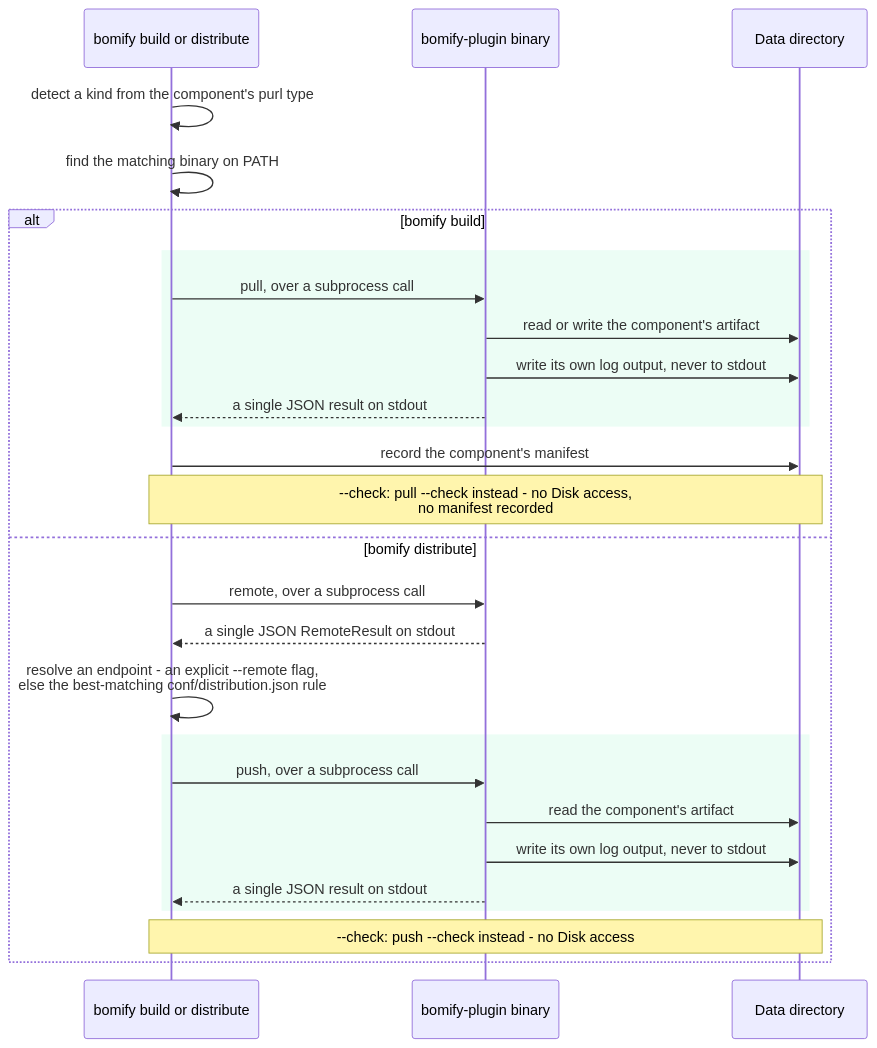
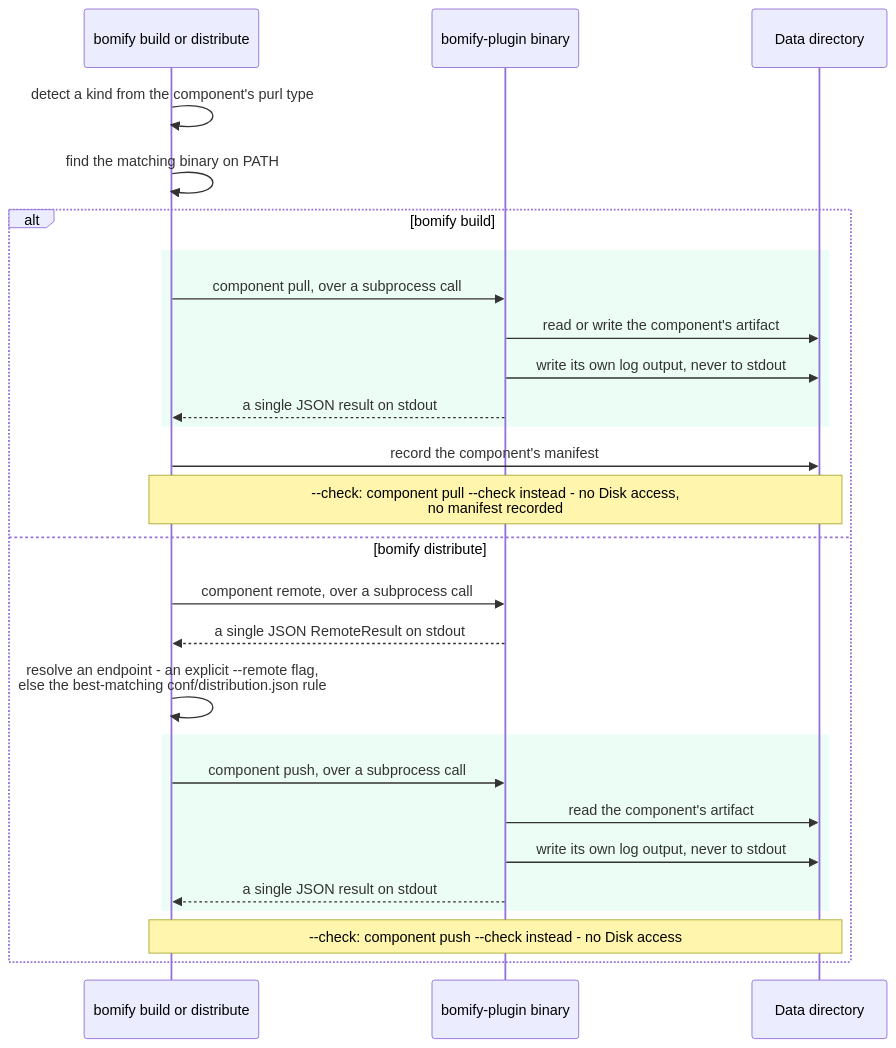
The diagram in docs/diagrams/plugin-dispatch.mmd (alejandro-velasco/bomify), drawn with Mermaid before and after one commit. The commit also changed 24 other files, not shown here.

```diff
--- a/docs/diagrams/plugin-dispatch.mmd
+++ b/docs/diagrams/plugin-dispatch.mmd
@@ -1,29 +1,29 @@
 sequenceDiagram
     participant CLI as bomify build or distribute
     participant Plugin as bomify-plugin binary
     participant Disk as Data directory
 
     CLI->>CLI: detect a kind from the component's purl type
     CLI->>CLI: find the matching binary on PATH
 
     alt bomify build
         rect rgb(236, 253, 245)
-            CLI->>Plugin: pull, over a subprocess call
+            CLI->>Plugin: component pull, over a subprocess call
             Plugin->>Disk: read or write the component's artifact
             Plugin->>Disk: write its own log output, never to stdout
             Plugin-->>CLI: a single JSON result on stdout
         end
         CLI->>Disk: record the component's manifest
-        Note over CLI,Disk: --check: pull --check instead - no Disk access,<br/>no manifest recorded
+        Note over CLI,Disk: --check: component pull --check instead - no Disk access,<br/>no manifest recorded
     else bomify distribute
-        CLI->>Plugin: remote, over a subprocess call
+        CLI->>Plugin: component remote, over a subprocess call
         Plugin-->>CLI: a single JSON RemoteResult on stdout
         CLI->>CLI: resolve an endpoint - an explicit --remote flag,<br/>else the best-matching conf/distribution.json rule
         rect rgb(236, 253, 245)
-            CLI->>Plugin: push, over a subprocess call
+            CLI->>Plugin: component push, over a subprocess call
             Plugin->>Disk: read the component's artifact
             Plugin->>Disk: write its own log output, never to stdout
             Plugin-->>CLI: a single JSON result on stdout
         end
-        Note over CLI,Disk: --check: push --check instead - no Disk access
+        Note over CLI,Disk: --check: component push --check instead - no Disk access
     end
```
